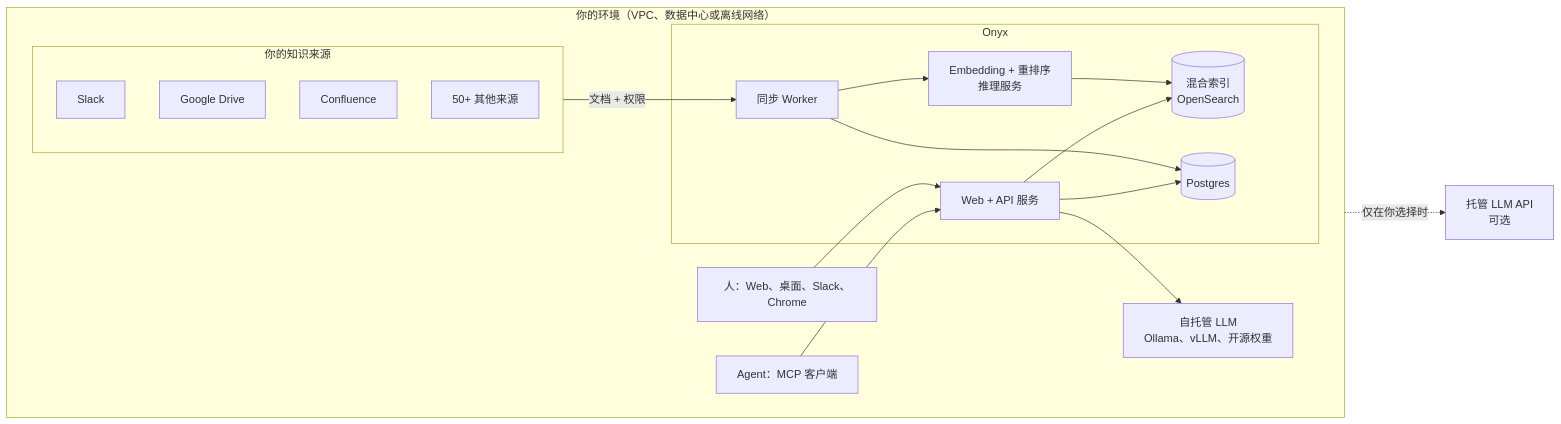
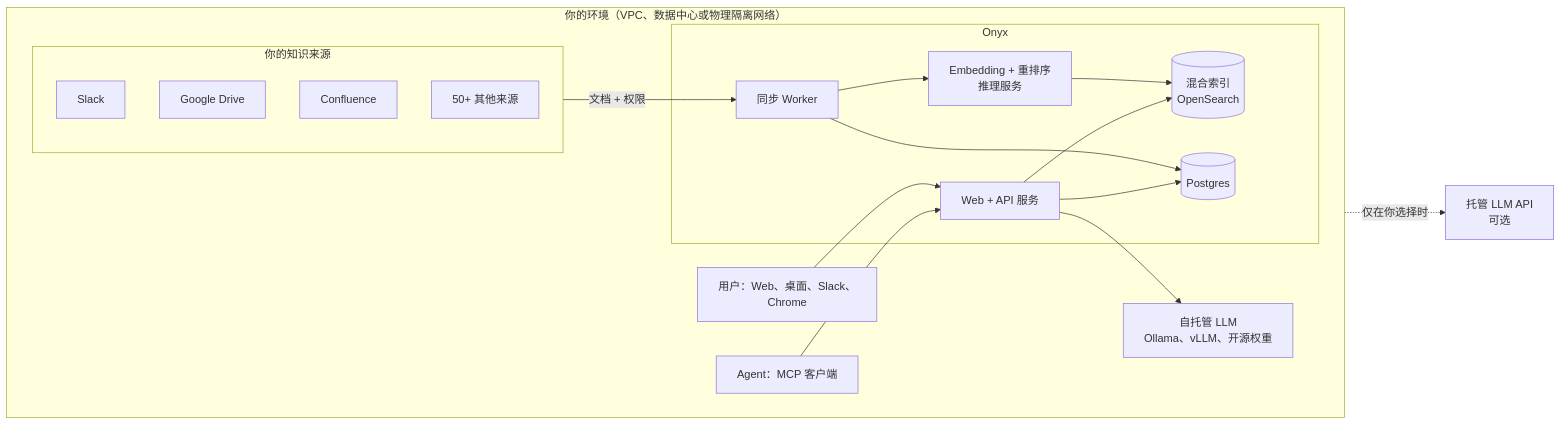
One commit to onyx-dot-app/onyx changed the diagram in README.zh-CN.md. Above: the diagram before and after it, drawn with Mermaid. The commit also changed other lines of this file and 1 other file, not shown here.

````diff
--- a/README.zh-CN.md
+++ b/README.zh-CN.md
@@ -70,33 +70,33 @@
 ```mermaid
 flowchart LR
-    subgraph boundary["你的环境（VPC、数据中心或离线网络）"]
+    subgraph boundary["你的环境（VPC、数据中心或物理隔离网络）"]
         direction LR
         subgraph sources["你的知识来源"]
             S1[Slack]
             S2[Google Drive]
             S3[Confluence]
             S4[50+ 其他来源]
         end
         subgraph onyx["Onyx"]
             W[Web + API 服务]
             C[同步 Worker]
             IDX[(混合索引<br/>OpenSearch)]
             DB[(Postgres)]
             EMB[Embedding + 重排序<br/>推理服务]
         end
         LLMself[自托管 LLM<br/>Ollama、vLLM、开源权重]
-        U[人：Web、桌面、Slack、Chrome]
+        U[用户：Web、桌面、Slack、Chrome]
         A[Agent：MCP 客户端]
     end
     LLMapi[托管 LLM API<br/>可选]
 
     sources -->|"文档 + 权限"| C
     C --> EMB --> IDX
     C --> DB
     U --> W
     A --> W
     W --> IDX
     W --> DB
     W --> LLMself
     W -.->|"仅在你选择时"| LLMapi
 ```
````
